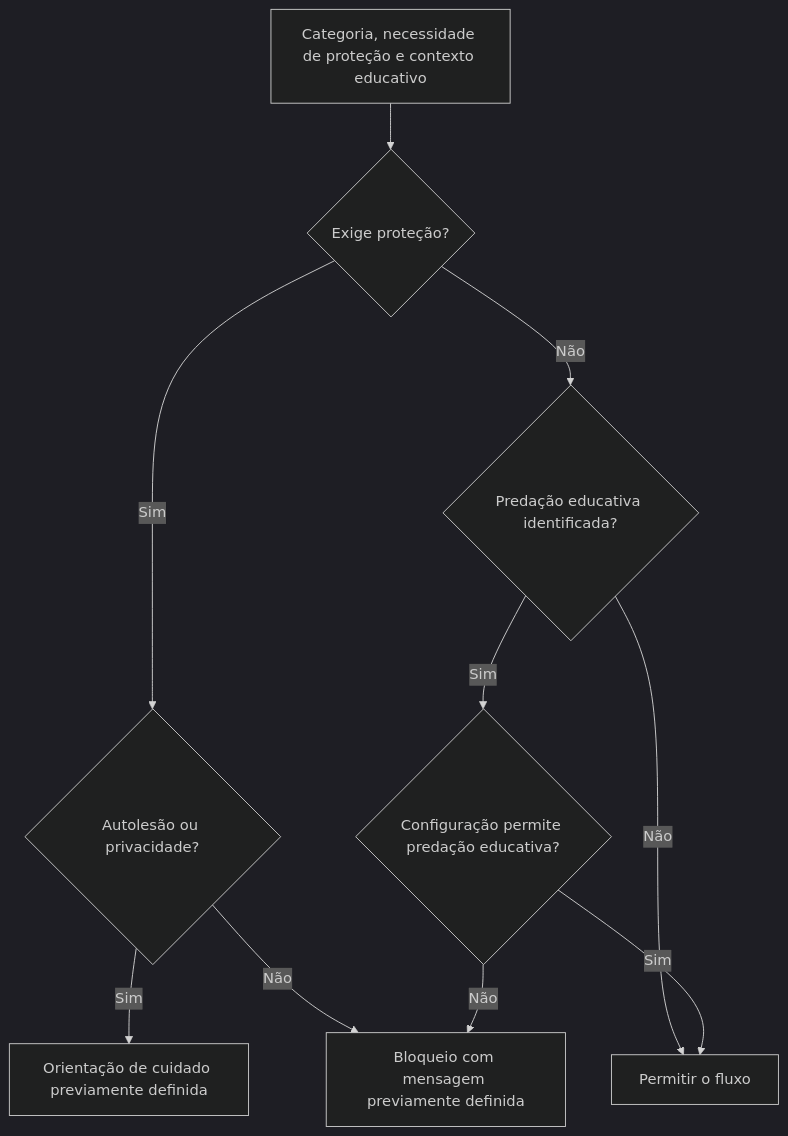
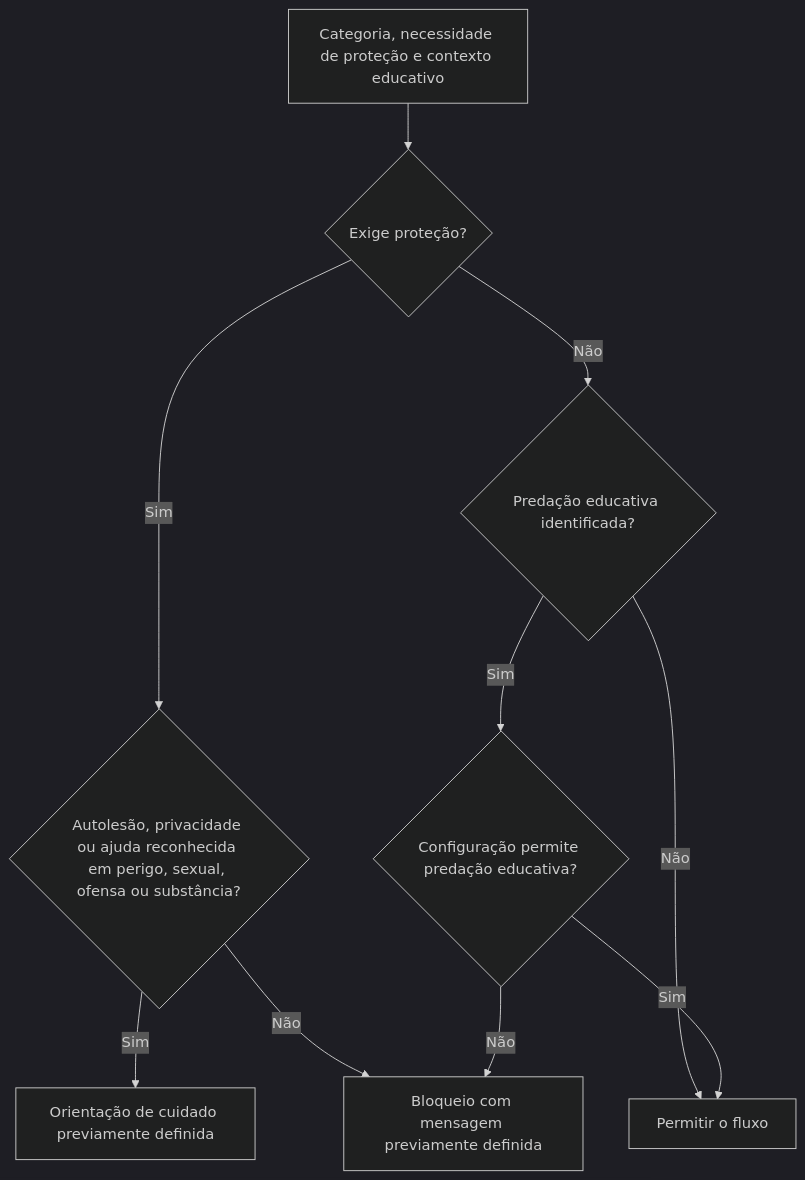
One commit to devfellsp/TCC-GUARDRAILS-FOR-CHILDREN- changed the third of 4 diagrams in poc/docs/ARQUITETURA_E_DECISOES.md. Above: the diagram before and after it, drawn with Mermaid (dark theme). The commit also changed other lines of this file and 366 other files, not shown here.

First line of the commit message:
Consolida POC multichat, pesquisa e diagramas do TCC

````diff
--- a/poc/docs/ARQUITETURA_E_DECISOES.md
+++ b/poc/docs/ARQUITETURA_E_DECISOES.md
@@ -52,12 +56,12 @@
 ```mermaid
 flowchart TD
     A[Categoria, necessidade de proteção e contexto educativo] --> B{Exige proteção?}
-    B -- Sim --> C{Autolesão ou privacidade?}
+    B -- Sim --> C{Autolesão, privacidade ou ajuda reconhecida em perigo, sexual, ofensa ou substância?}
     C -- Sim --> D[Orientação de cuidado previamente definida]
     C -- Não --> E[Bloqueio com mensagem previamente definida]
     B -- Não --> F{Predação educativa identificada?}
     F -- Não --> G[Permitir o fluxo]
     F -- Sim --> H{Configuração permite predação educativa?}
     H -- Sim --> G
     H -- Não --> E
 ```
````
